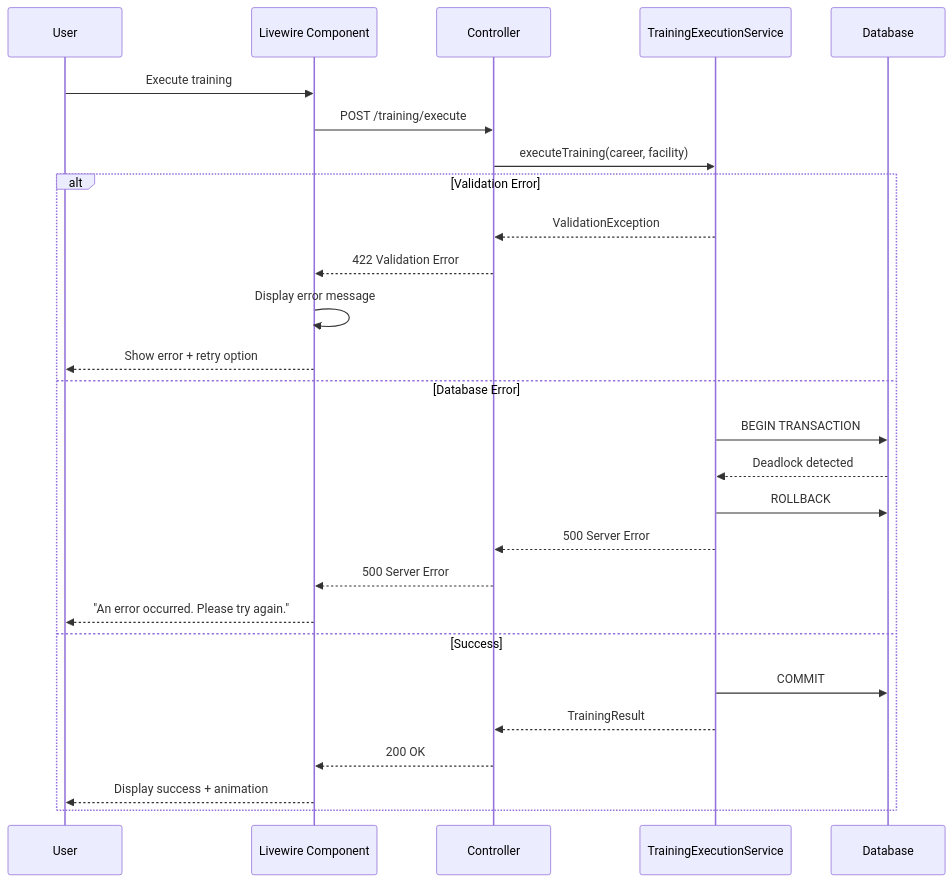
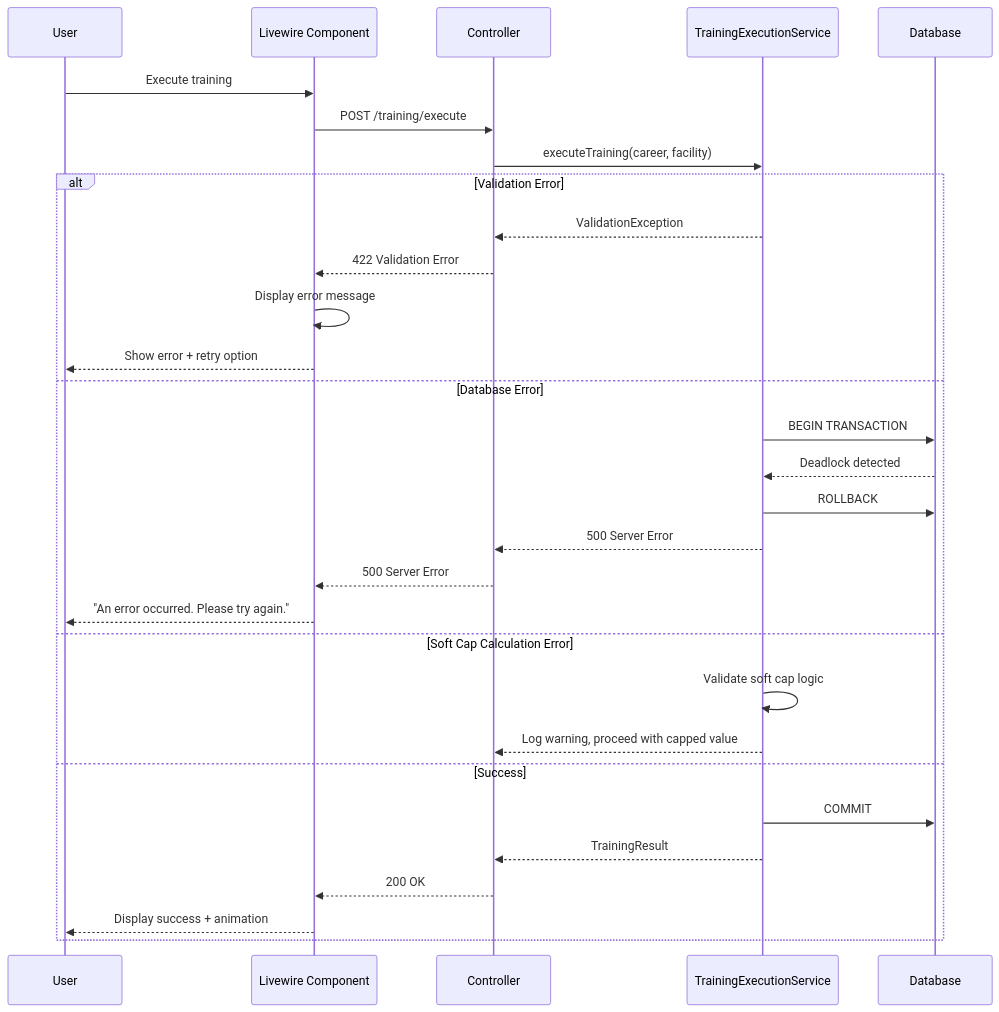
The fourth of 4 diagrams in docs/01-sequences/SEQ-002_Training_Block_Resolution.md (exatfrds67/umamusume-career-planner), drawn with Mermaid before and after one commit. The commit also changed other lines of this file and 313 other files, not shown here.

````diff
--- a/docs/01-sequences/SEQ-002_Training_Block_Resolution.md
+++ b/docs/01-sequences/SEQ-002_Training_Block_Resolution.md
@@ -654,31 +1246,34 @@
 ```mermaid
 sequenceDiagram
     participant User
     participant UI as Livewire Component
     participant Controller
     participant Service as TrainingExecutionService
     participant DB as Database
 
     User->>UI: Execute training
     UI->>Controller: POST /training/execute
     Controller->>Service: executeTraining(career, facility)
     
     alt Validation Error
         Service-->>Controller: ValidationException
         Controller-->>UI: 422 Validation Error
         UI->>UI: Display error message
         UI-->>User: Show error + retry option
     else Database Error
         Service->>DB: BEGIN TRANSACTION
         DB-->>Service: Deadlock detected
         Service->>DB: ROLLBACK
         Service-->>Controller: 500 Server Error
         Controller-->>UI: 500 Server Error
         UI-->>User: "An error occurred. Please try again."
+    else Soft Cap Calculation Error
+        Service->>Service: Validate soft cap logic
+        Service-->>Controller: Log warning, proceed with capped value
     else Success
         Service->>DB: COMMIT
         Service-->>Controller: TrainingResult
         Controller-->>UI: 200 OK
         UI-->>User: Display success + animation
     end
 ```
````
